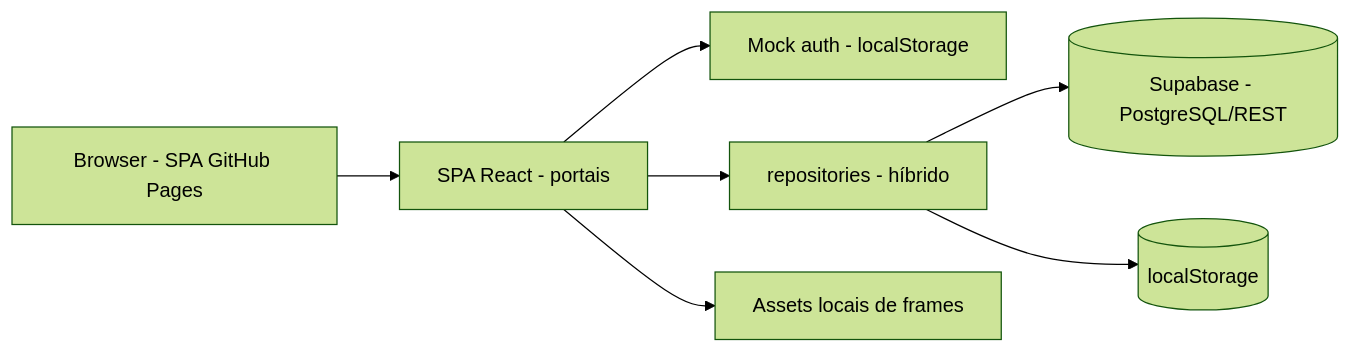
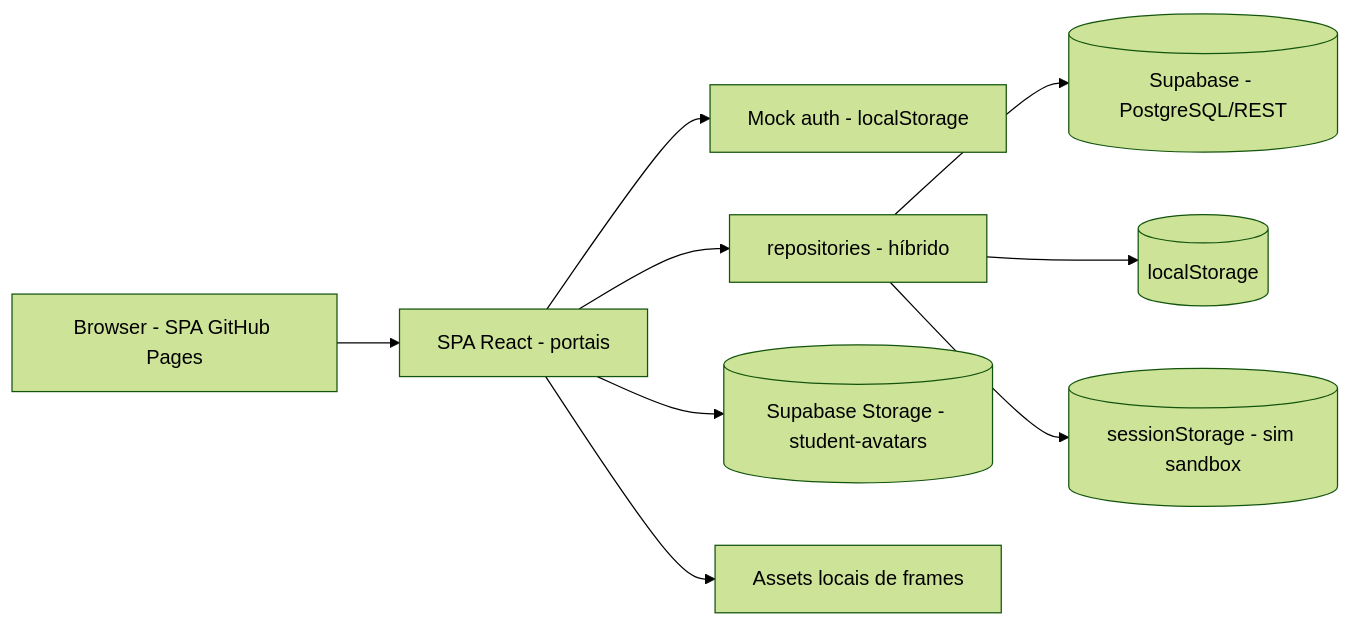
The diagram in docs/pt-BR/architecture/overview.md (pycriador/rafaela-personal-app), drawn with Mermaid (forest theme) before and after one commit. The commit also changed other lines of this file and 30 other files, not shown here.

````diff
--- a/docs/pt-BR/architecture/overview.md
+++ b/docs/pt-BR/architecture/overview.md
@@ -77,16 +83,20 @@
 ```mermaid
 flowchart LR
   Browser[Browser - SPA GitHub Pages]
   FE[SPA React - portais]
   Auth[Mock auth - localStorage]
   Repos[repositories - híbrido]
   SB[(Supabase - PostgreSQL/REST)]
+  ST[(Supabase Storage - student-avatars)]
   LS[(localStorage)]
+  SS[(sessionStorage - sim sandbox)]
   Frames[Assets locais de frames]
   Browser --> FE
   FE --> Auth
   FE --> Repos
   Repos --> SB
   Repos --> LS
+  Repos --> SS
   FE --> Frames
+  FE --> ST
 ```
````
